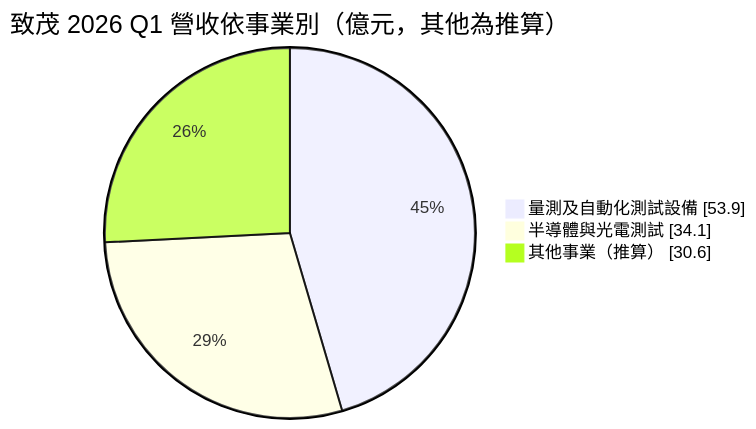
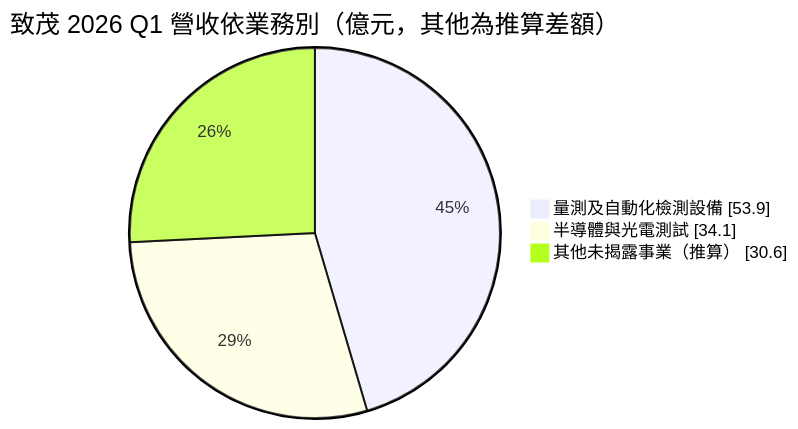
One commit to wangnick1004/taiwan-stock-vault changed the first of 4 diagrams in 個股/台股/2360致茂.md. Above: the diagram before and after it, drawn with Mermaid. The commit also changed other lines of this file and 10 other files, not shown here.

````diff
--- a/個股/台股/2360致茂.md
+++ b/個股/台股/2360致茂.md
@@ -57,7 +56,7 @@
 ```mermaid
 pie showData
-    title 致茂 2026 Q1 營收依事業別（億元，其他為推算）
-    "量測及自動化測試設備" : 53.9
+    title 致茂 2026 Q1 營收依業務別（億元，其他為推算差額）
+    "量測及自動化檢測設備" : 53.9
     "半導體與光電測試" : 34.1
-    "其他事業（推算）" : 30.6
+    "其他未揭露事業（推算）" : 30.6
 ```
````
